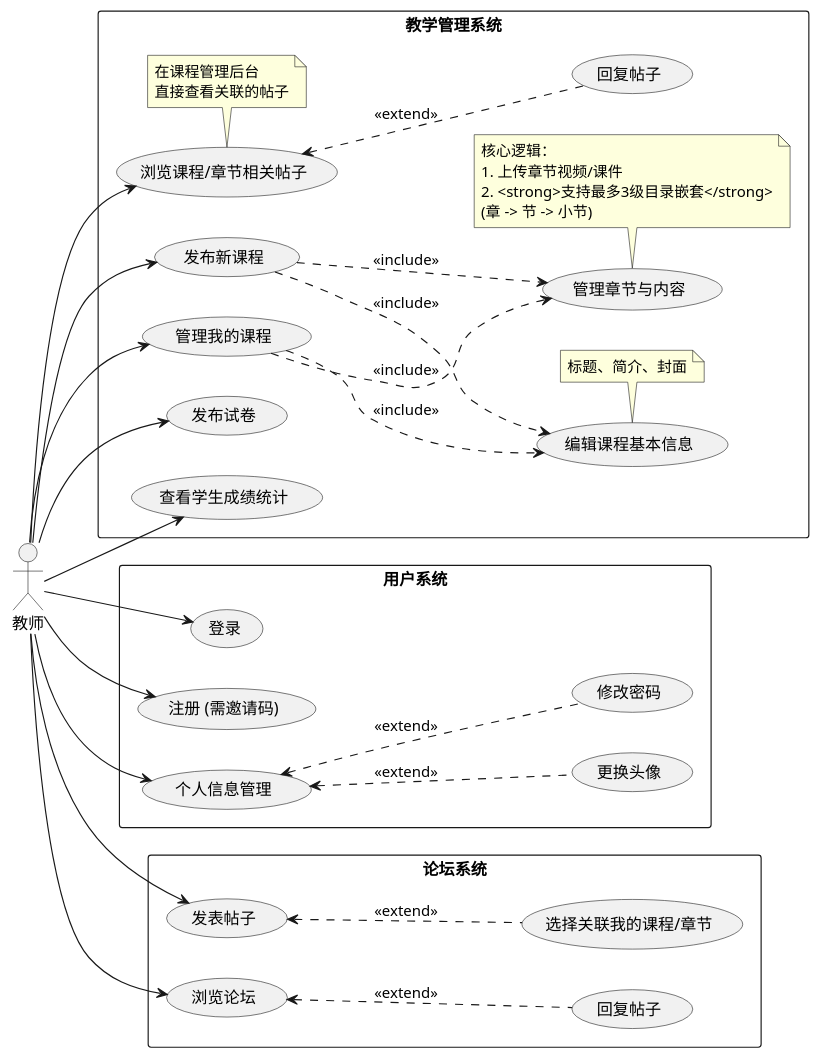
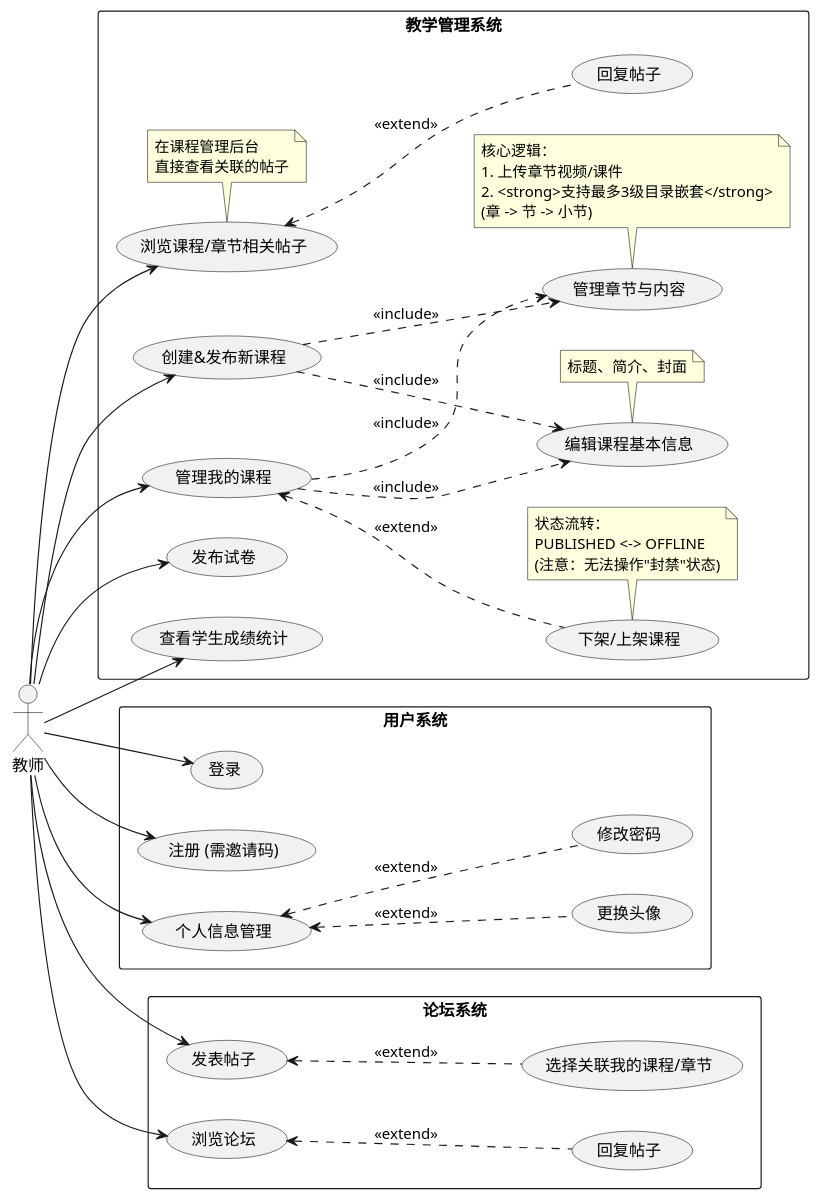
One commit to UserKei/Edu-Hub changed the diagram in puml/UseCase/Teacher.puml. Above: the diagram before and after it, drawn with PlantUML. The commit also changed 4 other files, not shown here.

First line of the commit message:
feat(design): finalize main.dbml and update use case diagrams

```diff
--- a/puml/UseCase/Teacher.puml
+++ b/puml/UseCase/Teacher.puml
@@ -1,84 +1,91 @@
 @startuml Teacher
 left to right direction
 skinparam packageStyle rectangle
 
 actor "教师" as Teacher
 
 package "用户系统" {
     usecase "登录" as UC_Login
     usecase "注册 (需邀请码)" as UC_Register
     
     usecase "个人信息管理" as UC_Profile
     usecase "更换头像" as UC_Avatar
     usecase "修改密码" as UC_Pwd
     
     ' 关系
     UC_Profile <.. UC_Avatar : <<extend>>
     UC_Profile <.. UC_Pwd : <<extend>>
 }
 
 package "教学管理系统" {
     ' --- 核心：课程生产 ---
-    usecase "发布新课程" as UC_Create
+    usecase "创建&发布新课程" as UC_Create
     usecase "管理我的课程" as UC_Manage
     
+    ' --- 新增：下架功能 ---
+    usecase "下架/上架课程" as UC_Offline
+    note bottom of UC_Offline : 状态流转：\nPUBLISHED <-> OFFLINE\n(注意：无法操作"封禁"状态)
+
     ' --- 抽象出的公共编辑功能 (Include) ---
     usecase "编辑课程基本信息" as UC_EditInfo
     note bottom of UC_EditInfo : 标题、简介、封面
     
     usecase "管理章节与内容" as UC_EditChapter
     note bottom of UC_EditChapter : 核心逻辑：\n1. 上传章节视频/课件\n2. <strong>支持最多3级目录嵌套</strong>\n(章 -> 节 -> 小节)
     
     ' --- 核心：考试与数据 ---
     usecase "发布试卷" as UC_Exam
     usecase "查看学生成绩统计" as UC_Stats
 
-    ' --- 核心：课程内互动 (你新增的部分) ---
+    ' --- 核心：课程内互动 ---
     usecase "浏览课程/章节相关帖子" as UC_ViewCoursePosts
     note bottom of UC_ViewCoursePosts : 在课程管理后台\n直接查看关联的帖子
     usecase "回复帖子" as UC_ReplyInner
 }
 
 package "论坛系统" {
     ' --- 社区互动 ---
     usecase "发表帖子" as UC_Post
     usecase "选择关联我的课程/章节" as UC_LinkCourse
     
     usecase "浏览论坛" as UC_BrowseForum
     usecase "回复帖子" as UC_ReplyForum
 }
 
 ' === 连线关系 ===
 
 ' 1. 用户基础
 Teacher --> UC_Login
 Teacher --> UC_Register
 Teacher --> UC_Profile
 
 ' 2. 教学管理 - 课程
 Teacher --> UC_Create
 Teacher --> UC_Manage
 
 ' 逻辑：发布和管理都复用同样的编辑能力
 UC_Create ..> UC_EditInfo : <<include>>
 UC_Create ..> UC_EditChapter : <<include>>
 UC_Manage ..> UC_EditInfo : <<include>>
 UC_Manage ..> UC_EditChapter : <<include>>
 
+' --- 新增连线：管理课程时可以选择下架 ---
+UC_Manage <.. UC_Offline : <<extend>>
+
 ' 2. 教学管理 - 其他
 Teacher --> UC_Exam
 Teacher --> UC_Stats
 
 ' 2. 教学管理 - 内部互动
 Teacher --> UC_ViewCoursePosts
 UC_ViewCoursePosts <.. UC_ReplyInner : <<extend>>
 
 ' 3. 论坛系统 - 外部互动
 Teacher --> UC_Post
 ' 发帖时可选关联课程
 UC_Post <.. UC_LinkCourse : <<extend>>
 
 Teacher --> UC_BrowseForum
 UC_BrowseForum <.. UC_ReplyForum : <<extend>>
 
 @enduml
```
